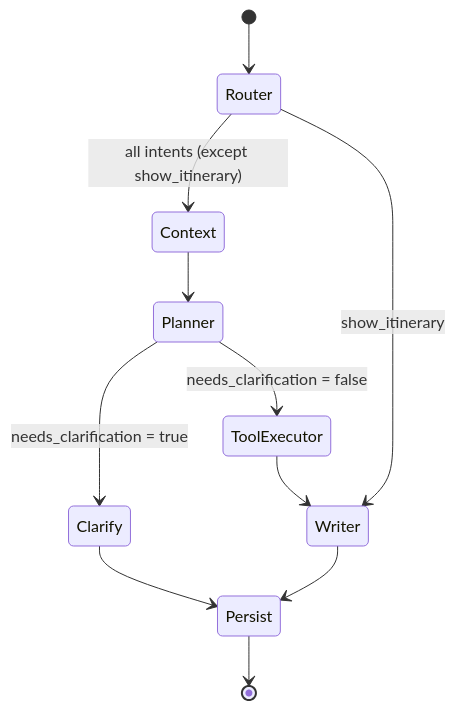
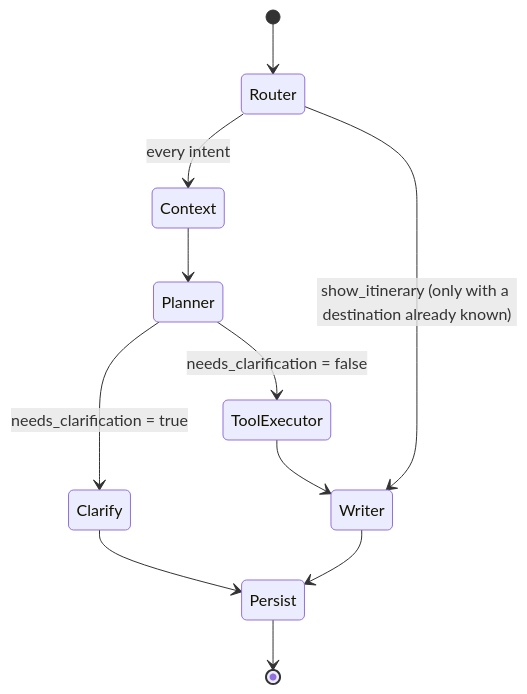
One commit to immersivedata-ai/HimCab_chatbot changed the first of 3 diagrams in docs/agent_flow.md. Above: the diagram before and after it, drawn with Mermaid. The commit also changed other lines of this file and 72 other files, not shown here.

````diff
--- a/docs/agent_flow.md
+++ b/docs/agent_flow.md
@@ -7,13 +7,13 @@
 ```mermaid
 stateDiagram-v2
     [*] --> Router
-    Router --> Context: all intents (except show_itinerary)
-    Router --> Writer: show_itinerary
+    Router --> Context: every intent
+    Router --> Writer: show_itinerary (only with a destination already known)
     Context --> Planner
     Planner --> Clarify: needs_clarification = true
     Planner --> ToolExecutor: needs_clarification = false
     Clarify --> Persist
     ToolExecutor --> Writer
     Writer --> Persist
     Persist --> [*]
 ```
````
